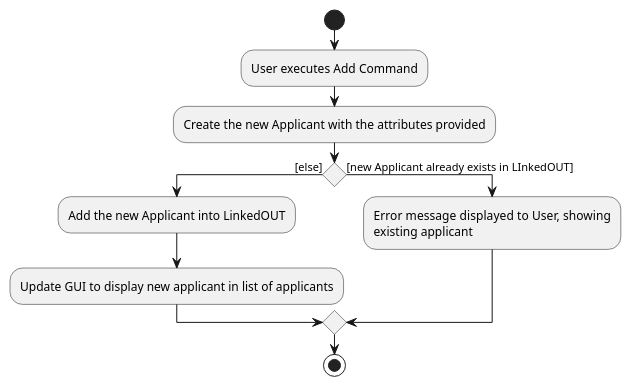
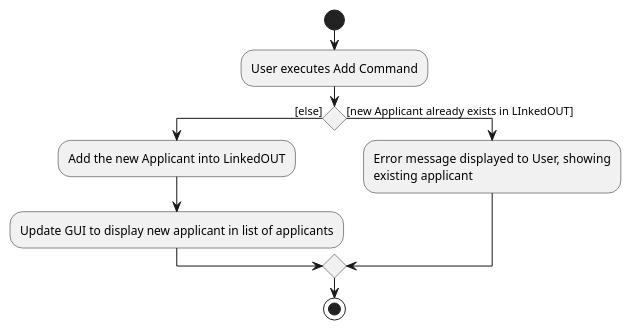
Before and after one commit to zzhikai/tp: the diagram in docs/diagrams/AddCommandActivityDiagram.puml, drawn with PlantUML. The commit also changed 1 other file, not shown here.

Commit message:
Minor update to add command activity diagram

```diff
--- a/docs/diagrams/AddCommandActivityDiagram.puml
+++ b/docs/diagrams/AddCommandActivityDiagram.puml
@@ -1,19 +1,17 @@
 @startuml
 start
 :User executes Add Command;
-
-:Create the new Applicant with the attributes provided;
 
 if () then ([else])
 
     :Add the new Applicant into LinkedOUT;
 
     :Update GUI to display new applicant in list of applicants;
 else ([new Applicant already exists in LInkedOUT])
 
         :Error message displayed to User, showing
         existing applicant;
 
 endif
 stop
 @enduml
```
